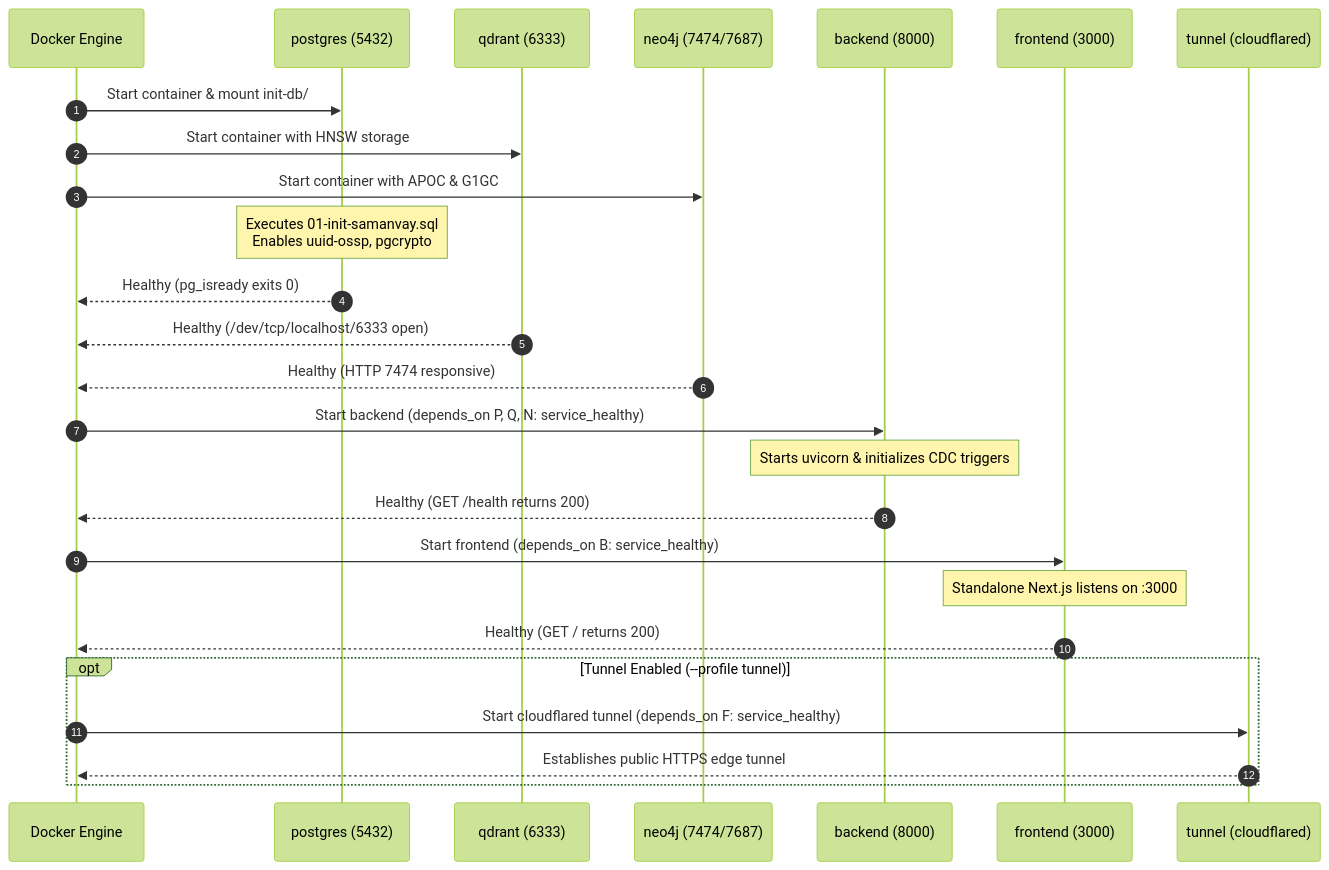
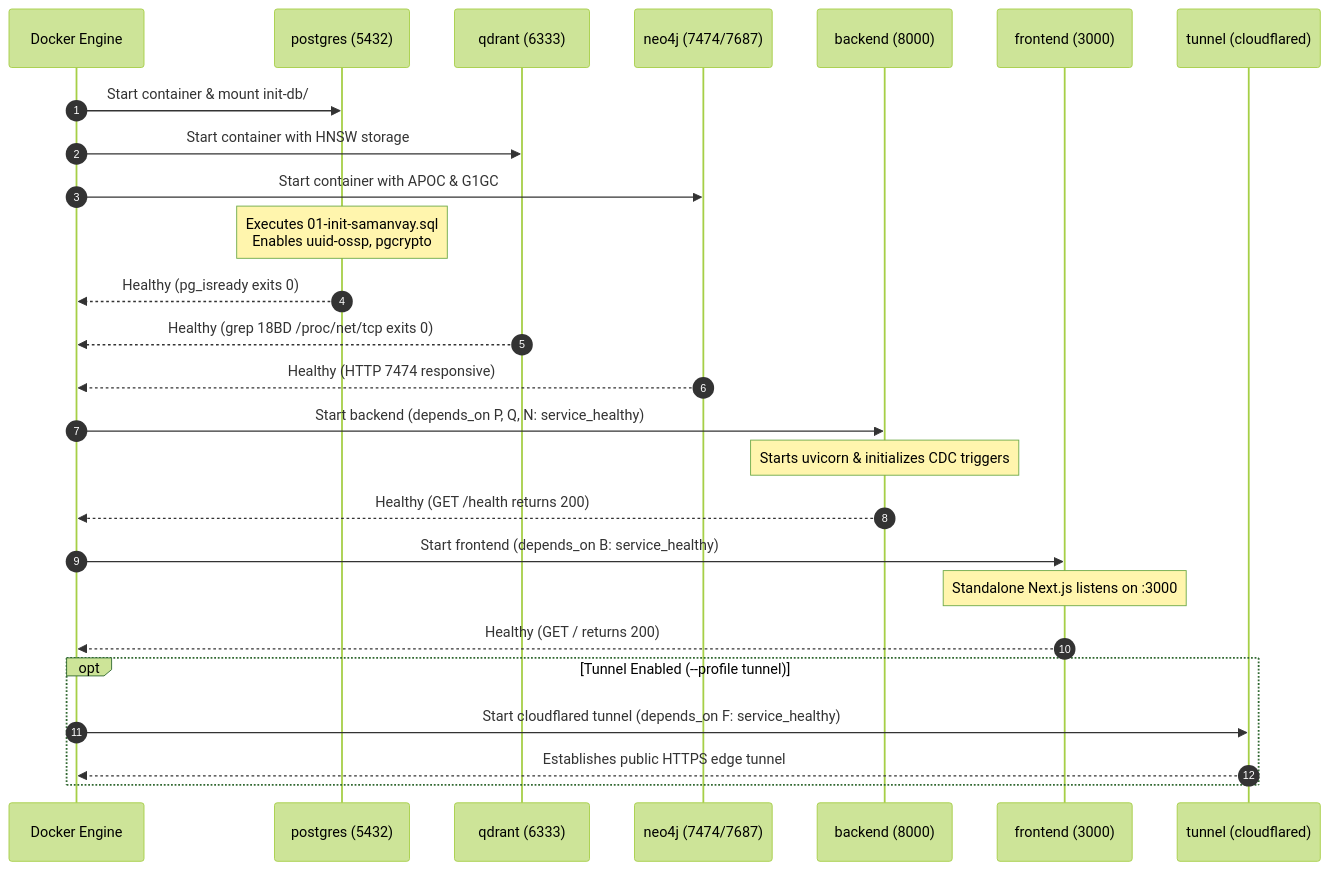
Before and after one commit to Gesicht436/Samanvay-AI: the second of 2 diagrams in docker/README.md, drawn with Mermaid (forest theme). The commit also changed other lines of this file and 7 other files, not shown here.

````diff
--- a/docker/README.md
+++ b/docker/README.md
@@ -101,29 +101,29 @@
 ```mermaid
 sequenceDiagram
     autonumber
     participant D as Docker Engine
     participant P as postgres (5432)
     participant Q as qdrant (6333)
     participant N as neo4j (7474/7687)
     participant B as backend (8000)
     participant F as frontend (3000)
     participant T as tunnel (cloudflared)
 
     D->>P: Start container & mount init-db/
     D->>Q: Start container with HNSW storage
     D->>N: Start container with APOC & G1GC
     Note over P: Executes 01-init-samanvay.sql<br/>Enables uuid-ossp, pgcrypto
     P-->>D: Healthy (pg_isready exits 0)
-    Q-->>D: Healthy (/dev/tcp/localhost/6333 open)
+    Q-->>D: Healthy (grep 18BD /proc/net/tcp exits 0)
     N-->>D: Healthy (HTTP 7474 responsive)
     D->>B: Start backend (depends_on P, Q, N: service_healthy)
     Note over B: Starts uvicorn & initializes CDC triggers
     B-->>D: Healthy (GET /health returns 200)
     D->>F: Start frontend (depends_on B: service_healthy)
     Note over F: Standalone Next.js listens on :3000
     F-->>D: Healthy (GET / returns 200)
     opt Tunnel Enabled (--profile tunnel)
         D->>T: Start cloudflared tunnel (depends_on F: service_healthy)
         T-->>D: Establishes public HTTPS edge tunnel
     end
 ```
````
